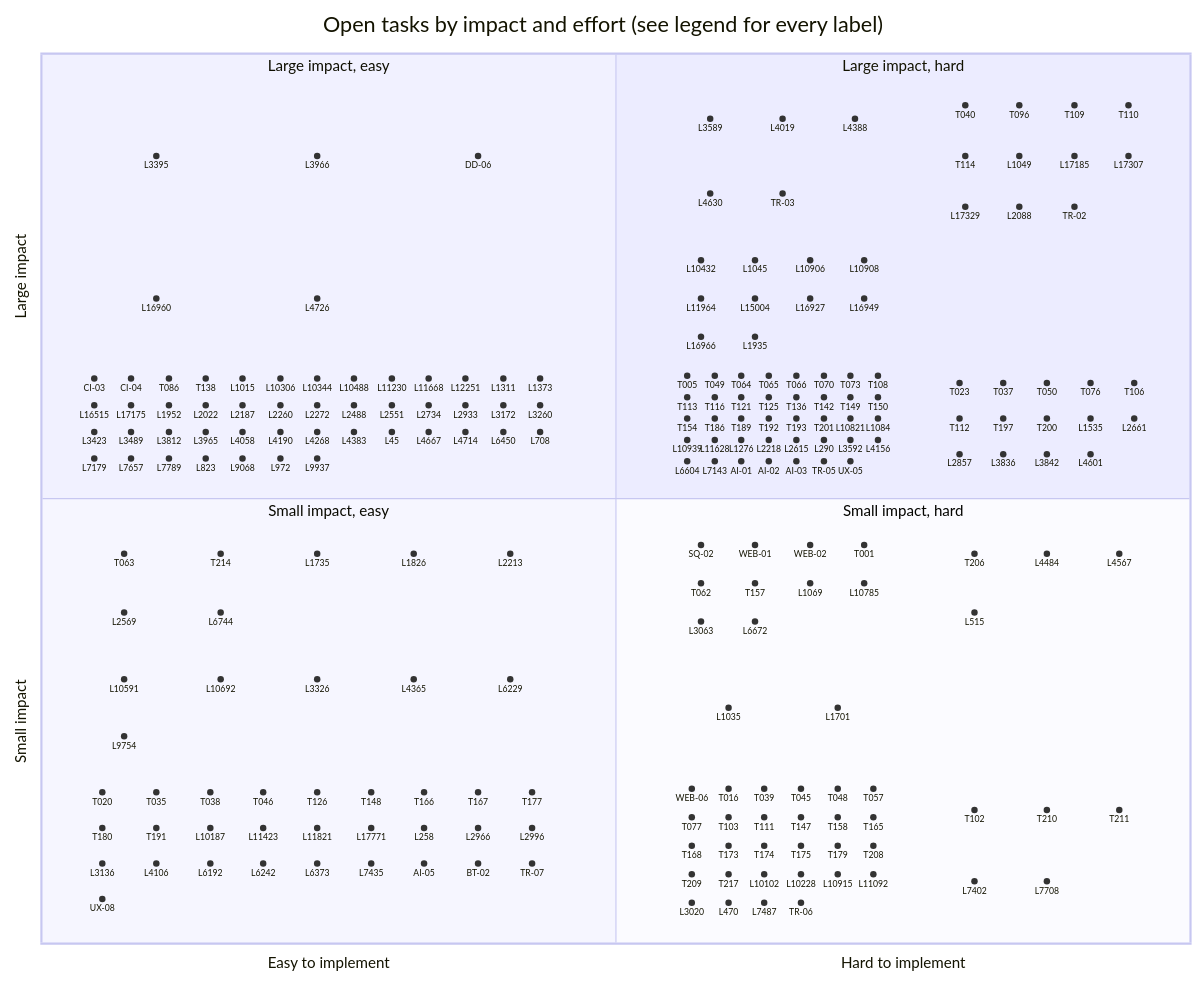
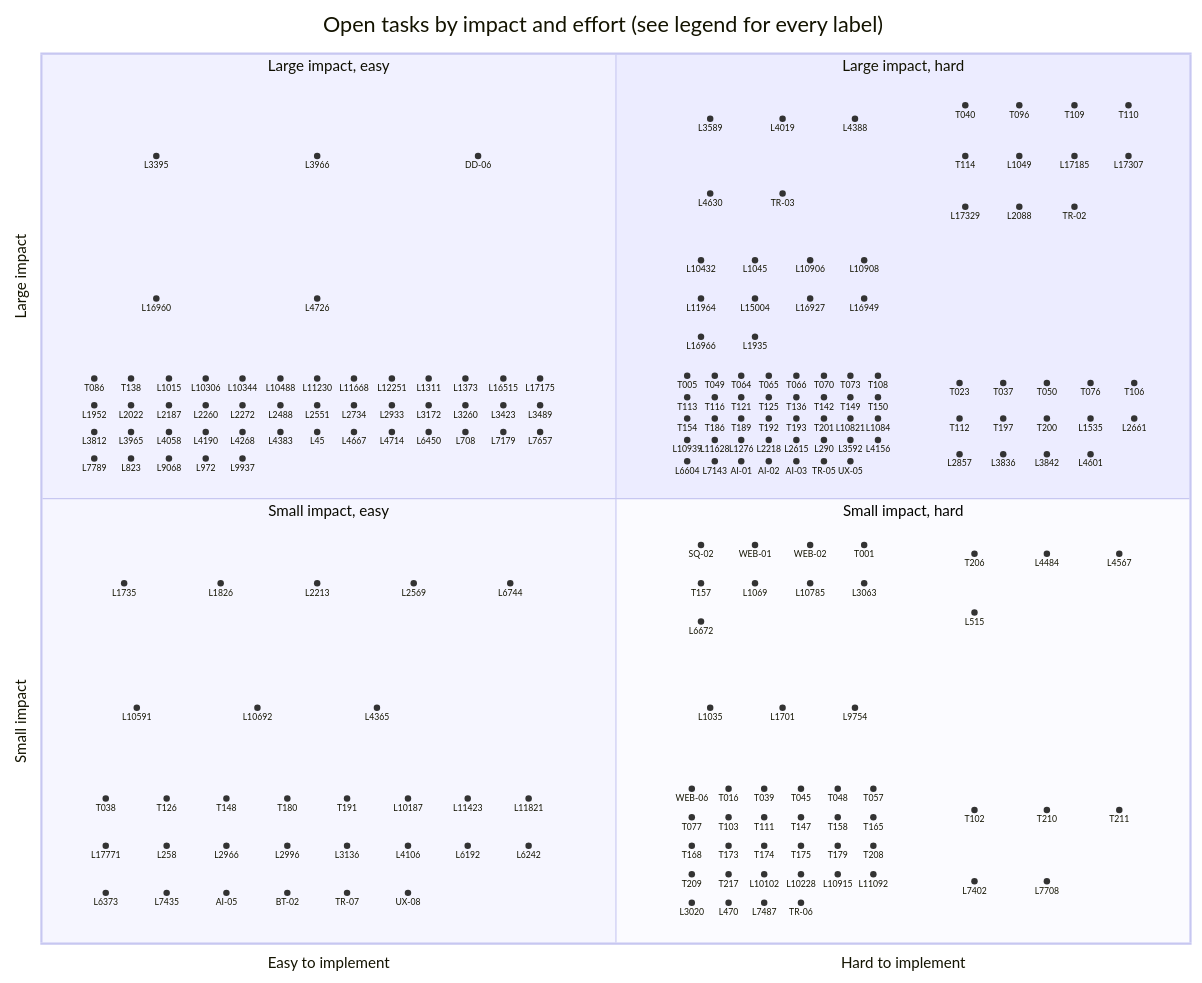
The diagram in docs/agent-tasks/todo-completion-2026-09/QUADRANT.md (falkcorp/audiobook-organizer), drawn with Mermaid before and after one commit. The commit also changed other lines of this file and 3 other files, not shown here.

```diff
--- a/docs/agent-tasks/todo-completion-2026-09/QUADRANT.md
+++ b/docs/agent-tasks/todo-completion-2026-09/QUADRANT.md
@@ -68,52 +68,50 @@
     L16949: [0.716, 0.725]
     L16966: [0.574, 0.682]
     L1935: [0.621, 0.682]
-    CI-03: [0.046, 0.635]
-    CI-04: [0.078, 0.635]
-    T086: [0.111, 0.635]
-    T138: [0.143, 0.635]
-    L1015: [0.175, 0.635]
-    L10306: [0.208, 0.635]
-    L10344: [0.24, 0.635]
-    L10488: [0.272, 0.635]
-    L11230: [0.305, 0.635]
-    L11668: [0.337, 0.635]
-    L12251: [0.369, 0.635]
-    L1311: [0.402, 0.635]
-    L1373: [0.434, 0.635]
-    L16515: [0.046, 0.605]
-    L17175: [0.078, 0.605]
-    L1952: [0.111, 0.605]
-    L2022: [0.143, 0.605]
-    L2187: [0.175, 0.605]
-    L2260: [0.208, 0.605]
-    L2272: [0.24, 0.605]
-    L2488: [0.272, 0.605]
-    L2551: [0.305, 0.605]
-    L2734: [0.337, 0.605]
-    L2933: [0.369, 0.605]
-    L3172: [0.402, 0.605]
-    L3260: [0.434, 0.605]
-    L3423: [0.046, 0.575]
-    L3489: [0.078, 0.575]
-    L3812: [0.111, 0.575]
-    L3965: [0.143, 0.575]
-    L4058: [0.175, 0.575]
-    L4190: [0.208, 0.575]
-    L4268: [0.24, 0.575]
-    L4383: [0.272, 0.575]
-    L45: [0.305, 0.575]
-    L4667: [0.337, 0.575]
-    L4714: [0.369, 0.575]
-    L6450: [0.402, 0.575]
-    L708: [0.434, 0.575]
-    L7179: [0.046, 0.545]
-    L7657: [0.078, 0.545]
-    L7789: [0.111, 0.545]
-    L823: [0.143, 0.545]
-    L9068: [0.175, 0.545]
-    L972: [0.208, 0.545]
-    L9937: [0.24, 0.545]
+    T086: [0.046, 0.635]
+    T138: [0.078, 0.635]
+    L1015: [0.111, 0.635]
+    L10306: [0.143, 0.635]
+    L10344: [0.175, 0.635]
+    L10488: [0.208, 0.635]
+    L11230: [0.24, 0.635]
+    L11668: [0.272, 0.635]
+    L12251: [0.305, 0.635]
+    L1311: [0.337, 0.635]
+    L1373: [0.369, 0.635]
+    L16515: [0.402, 0.635]
+    L17175: [0.434, 0.635]
+    L1952: [0.046, 0.605]
+    L2022: [0.078, 0.605]
+    L2187: [0.111, 0.605]
+    L2260: [0.143, 0.605]
+    L2272: [0.175, 0.605]
+    L2488: [0.208, 0.605]
+    L2551: [0.24, 0.605]
+    L2734: [0.272, 0.605]
+    L2933: [0.305, 0.605]
+    L3172: [0.337, 0.605]
+    L3260: [0.369, 0.605]
+    L3423: [0.402, 0.605]
+    L3489: [0.434, 0.605]
+    L3812: [0.046, 0.575]
+    L3965: [0.078, 0.575]
+    L4058: [0.111, 0.575]
+    L4190: [0.143, 0.575]
+    L4268: [0.175, 0.575]
+    L4383: [0.208, 0.575]
+    L45: [0.24, 0.575]
+    L4667: [0.272, 0.575]
+    L4714: [0.305, 0.575]
+    L6450: [0.337, 0.575]
+    L708: [0.369, 0.575]
+    L7179: [0.402, 0.575]
+    L7657: [0.434, 0.575]
+    L7789: [0.046, 0.545]
+    L823: [0.078, 0.545]
+    L9068: [0.111, 0.545]
+    L972: [0.143, 0.545]
+    L9937: [0.175, 0.545]
     T005: [0.562, 0.638]
     T049: [0.586, 0.638]
     T064: [0.609, 0.638]
@@ -170,61 +168,50 @@
     SQ-02: [0.574, 0.448]
     WEB-01: [0.621, 0.448]
     WEB-02: [0.669, 0.448]
-    T063: [0.072, 0.438]
-    T214: [0.156, 0.438]
-    L1735: [0.24, 0.438]
-    L1826: [0.324, 0.438]
-    L2213: [0.408, 0.438]
-    L2569: [0.072, 0.372]
-    L6744: [0.156, 0.372]
+    L1735: [0.072, 0.405]
+    L1826: [0.156, 0.405]
+    L2213: [0.24, 0.405]
+    L2569: [0.324, 0.405]
+    L6744: [0.408, 0.405]
     T001: [0.716, 0.448]
-    T062: [0.574, 0.405]
-    T157: [0.621, 0.405]
-    L1069: [0.669, 0.405]
-    L10785: [0.716, 0.405]
-    L3063: [0.574, 0.362]
-    L6672: [0.621, 0.362]
+    T157: [0.574, 0.405]
+    L1069: [0.621, 0.405]
+    L10785: [0.669, 0.405]
+    L3063: [0.716, 0.405]
+    L6672: [0.574, 0.362]
     T206: [0.812, 0.438]
     L4484: [0.875, 0.438]
     L4567: [0.938, 0.438]
     L515: [0.812, 0.372]
-    L10591: [0.072, 0.297]
-    L10692: [0.156, 0.297]
-    L3326: [0.24, 0.297]
-    L4365: [0.324, 0.297]
-    L6229: [0.408, 0.297]
-    L9754: [0.072, 0.233]
-    L1035: [0.598, 0.265]
-    L1701: [0.693, 0.265]
+    L10591: [0.083, 0.265]
+    L10692: [0.188, 0.265]
+    L4365: [0.292, 0.265]
+    L1035: [0.582, 0.265]
+    L1701: [0.645, 0.265]
+    L9754: [0.708, 0.265]
     WEB-06: [0.566, 0.174]
-    T020: [0.053, 0.17]
-    T035: [0.1, 0.17]
-    T038: [0.147, 0.17]
-    T046: [0.193, 0.17]
-    T126: [0.24, 0.17]
-    T148: [0.287, 0.17]
-    T166: [0.333, 0.17]
-    T167: [0.38, 0.17]
-    T177: [0.427, 0.17]
-    T180: [0.053, 0.13]
-    T191: [0.1, 0.13]
-    L10187: [0.147, 0.13]
-    L11423: [0.193, 0.13]
-    L11821: [0.24, 0.13]
-    L17771: [0.287, 0.13]
-    L258: [0.333, 0.13]
-    L2966: [0.38, 0.13]
-    L2996: [0.427, 0.13]
-    L3136: [0.053, 0.09]
-    L4106: [0.1, 0.09]
-    L6192: [0.147, 0.09]
-    L6242: [0.193, 0.09]
-    L6373: [0.24, 0.09]
-    L7435: [0.287, 0.09]
-    AI-05: [0.333, 0.09]
-    BT-02: [0.38, 0.09]
-    TR-07: [0.427, 0.09]
-    UX-08: [0.053, 0.05]
+    T038: [0.056, 0.163]
+    T126: [0.109, 0.163]
+    T148: [0.161, 0.163]
+    T180: [0.214, 0.163]
+    T191: [0.266, 0.163]
+    L10187: [0.319, 0.163]
+    L11423: [0.371, 0.163]
+    L11821: [0.424, 0.163]
+    L17771: [0.056, 0.11]
+    L258: [0.109, 0.11]
+    L2966: [0.161, 0.11]
+    L2996: [0.214, 0.11]
+    L3136: [0.266, 0.11]
+    L4106: [0.319, 0.11]
+    L6192: [0.371, 0.11]
+    L6242: [0.424, 0.11]
+    L6373: [0.056, 0.057]
+    L7435: [0.109, 0.057]
+    AI-05: [0.161, 0.057]
+    BT-02: [0.214, 0.057]
+    TR-07: [0.266, 0.057]
+    UX-08: [0.319, 0.057]
     T016: [0.598, 0.174]
     T039: [0.629, 0.174]
     T045: [0.661, 0.174]
```
